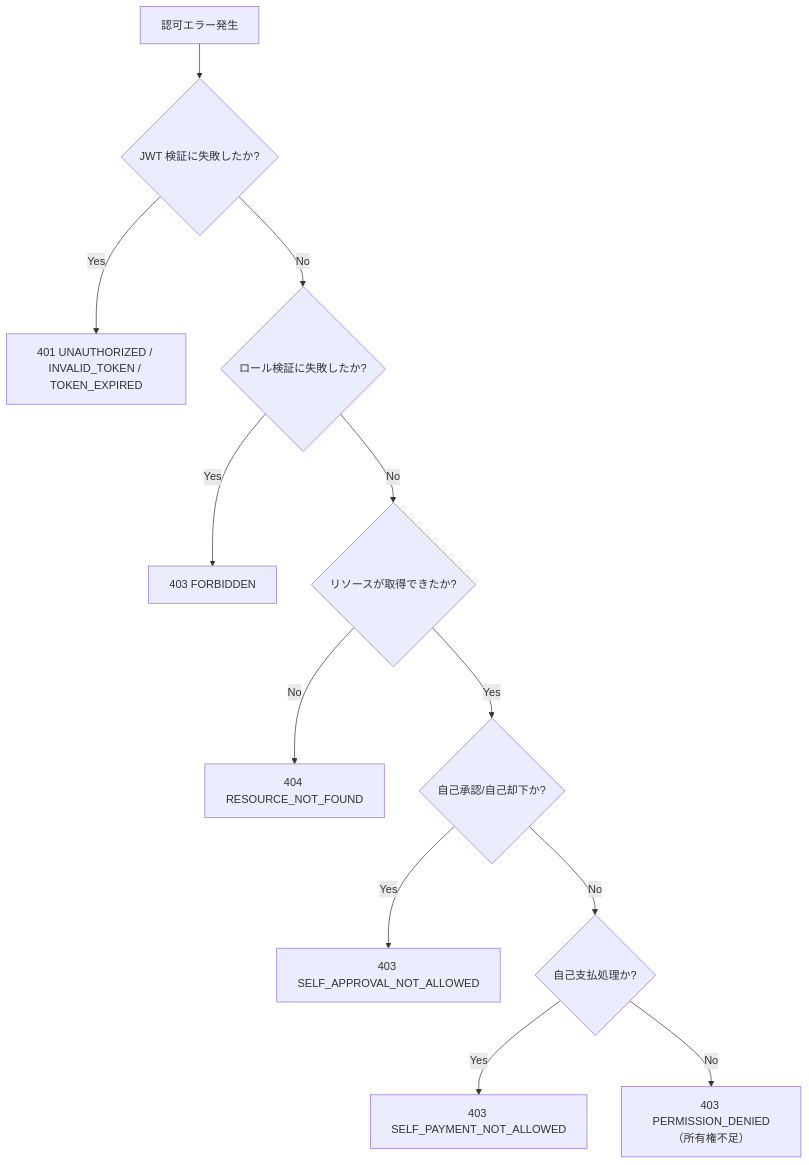
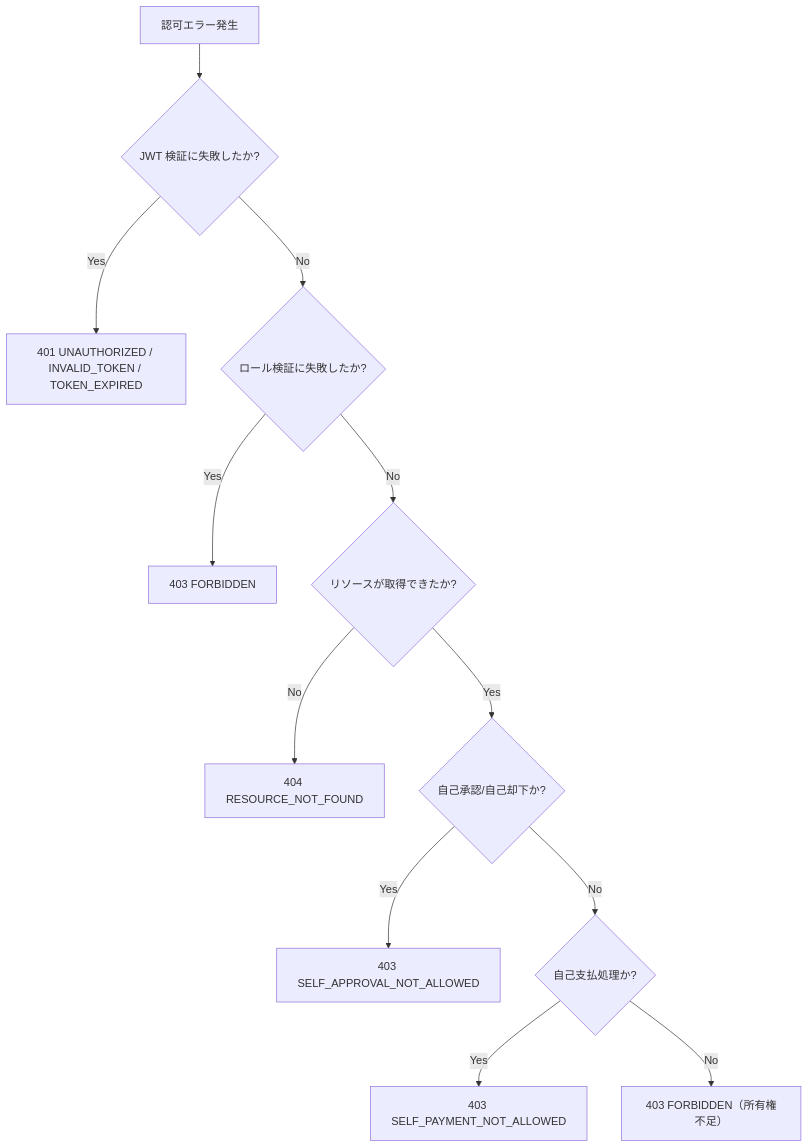
One commit to atsuro128/dev-journal changed the third of 3 diagrams in deliverables/docs/50_detail_design/authz.md. Above: the diagram before and after it, drawn with Mermaid. The commit also changed other lines of this file and 9 other files, not shown here.

First line of the commit message:
fix: PERMISSION_DENIED を FORBIDDEN に統一（review-finding 051・上流 RBC-004 準拠）

````diff
--- a/deliverables/docs/50_detail_design/authz.md
+++ b/deliverables/docs/50_detail_design/authz.md
@@ -684,14 +685,14 @@
 ```mermaid
 flowchart TD
     START["認可エラー発生"] --> Q1{"JWT 検証に失敗したか?"}
     Q1 -->|"Yes"| A401["401 UNAUTHORIZED / INVALID_TOKEN / TOKEN_EXPIRED"]
     Q1 -->|"No"| Q2{"ロール検証に失敗したか?"}
     Q2 -->|"Yes"| A403_ROLE["403 FORBIDDEN"]
     Q2 -->|"No"| Q3{"リソースが取得できたか?"}
     Q3 -->|"No"| A404["404 RESOURCE_NOT_FOUND"]
     Q3 -->|"Yes"| Q4{"自己承認/自己却下か?"}
     Q4 -->|"Yes"| A403_SELF_APPROVE["403 SELF_APPROVAL_NOT_ALLOWED"]
     Q4 -->|"No"| Q5{"自己支払処理か?"}
     Q5 -->|"Yes"| A403_SELF_PAY["403 SELF_PAYMENT_NOT_ALLOWED"]
-    Q5 -->|"No"| A403_OWN["403 PERMISSION_DENIED（所有権不足）"]
+    Q5 -->|"No"| A403_OWN["403 FORBIDDEN（所有権不足）"]
 ```
````
